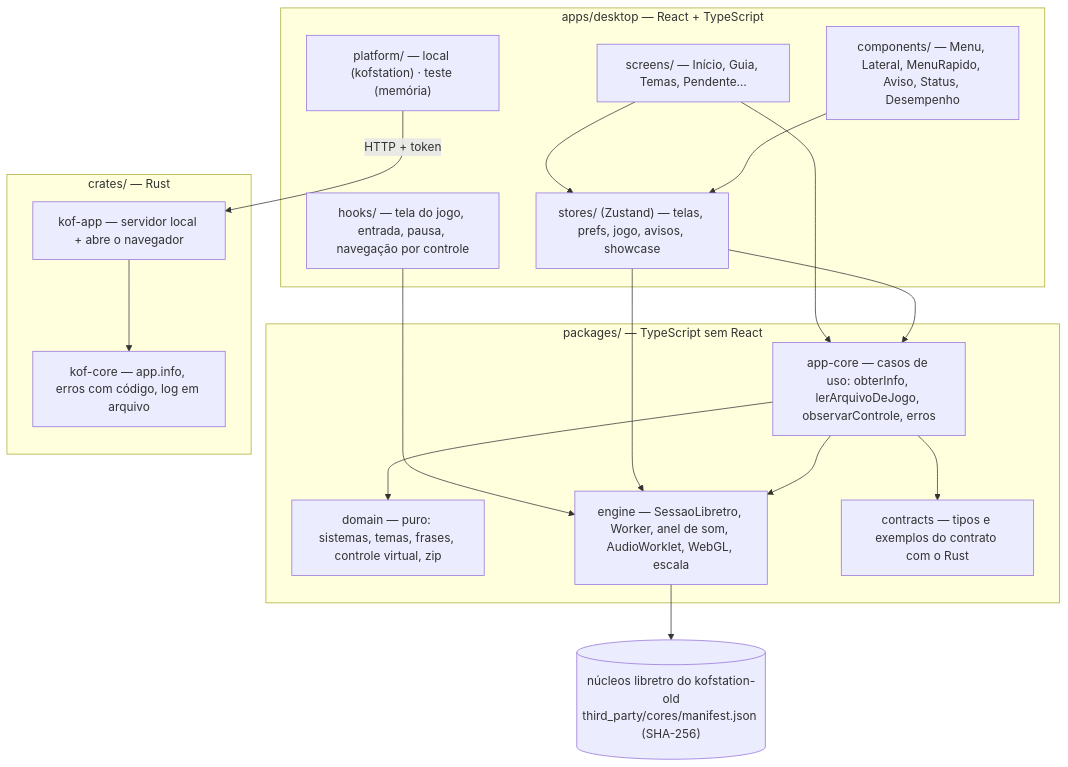
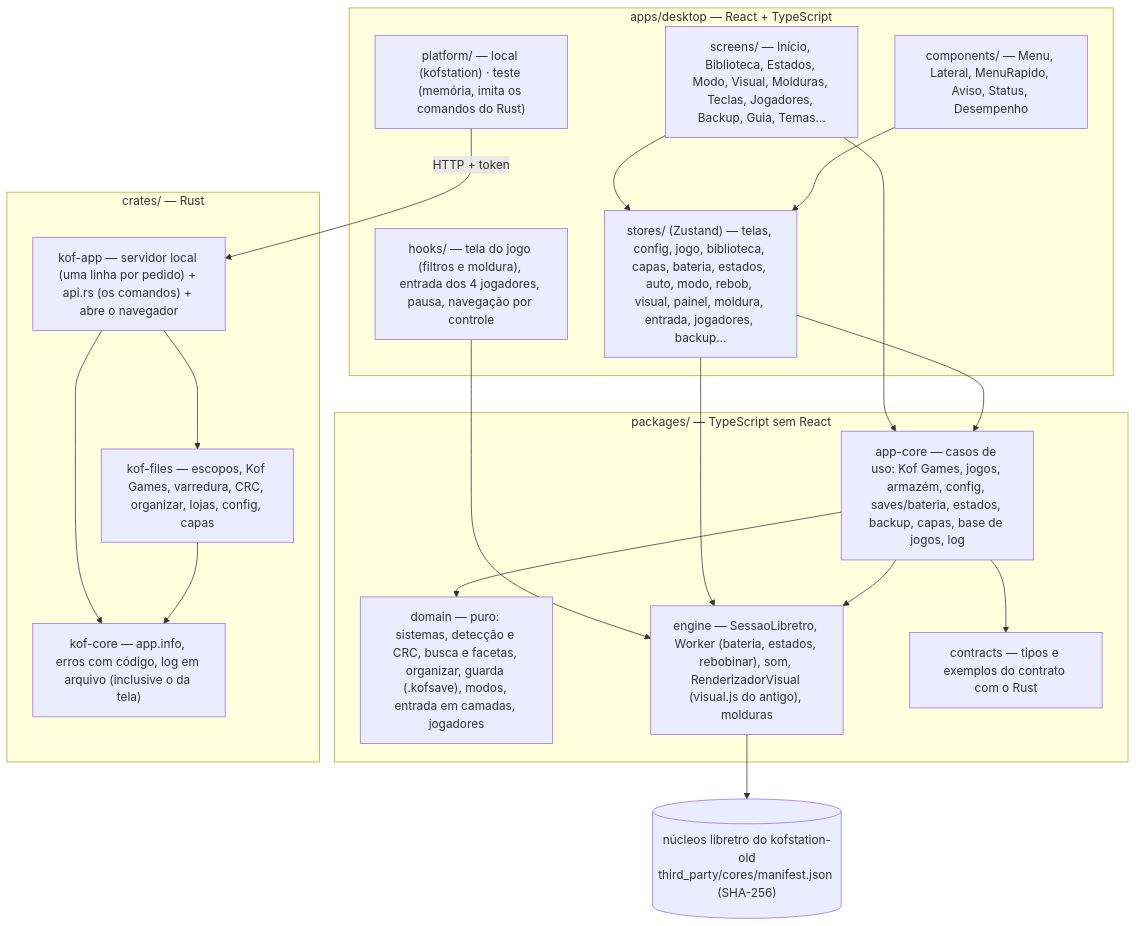
The second of 3 diagrams in README.md (Marcelao98/KOFstation), drawn with Mermaid before and after one commit. The commit also changed other lines of this file and 6 other files, not shown here.

First line of the commit message:
Documentos do Lote A e B: EXPANDIR.md (como acrescentar e como achar defeito), decisões D23–D27, ROADMAP, PARIDADE, README e JORNAL

````diff
--- a/README.md
+++ b/README.md
@@ -43,34 +46,37 @@
 ```mermaid
 flowchart TB
   subgraph DESK["apps/desktop — React + TypeScript"]
-    SC["screens/ — Início, Guia, Temas, Pendente…"]
+    SC["screens/ — Início, Biblioteca, Estados, Modo, Visual, Molduras, Teclas, Jogadores, Backup, Guia, Temas…"]
     CO["components/ — Menu, Lateral, MenuRapido, Aviso, Status, Desempenho"]
-    HK["hooks/ — tela do jogo, entrada, pausa, navegação por controle"]
-    ST["stores/ (Zustand) — telas, prefs, jogo, avisos, showcase"]
-    PL["platform/ — local (kofstation) · teste (memória)"]
+    HK["hooks/ — tela do jogo (filtros e moldura), entrada dos 4 jogadores, pausa, navegação por controle"]
+    ST["stores/ (Zustand) — telas, config, jogo, biblioteca, capas, bateria, estados, auto, modo, rebob, visual, painel, moldura, entrada, jogadores, backup…"]
+    PL["platform/ — local (kofstation) · teste (memória, imita os comandos do Rust)"]
   end
   subgraph PKG["packages/ — TypeScript sem React"]
-    AC["app-core — casos de uso: obterInfo, lerArquivoDeJogo, observarControle, erros"]
-    DO["domain — puro: sistemas, temas, frases, controle virtual, zip"]
-    EN["engine — SessaoLibretro, Worker, anel de som, AudioWorklet, WebGL, escala"]
+    AC["app-core — casos de uso: Kof Games, jogos, armazém, config, saves/bateria, estados, backup, capas, base de jogos, log"]
+    DO["domain — puro: sistemas, detecção e CRC, busca e facetas, organizar, guarda (.kofsave), modos, entrada em camadas, jogadores"]
+    EN["engine — SessaoLibretro, Worker (bateria, estados, rebobinar), som, RenderizadorVisual (visual.js do antigo), molduras"]
     CT["contracts — tipos e exemplos do contrato com o Rust"]
   end
   subgraph RS["crates/ — Rust"]
-    KA["kof-app — servidor local + abre o navegador"]
-    KC["kof-core — app.info, erros com código, log em arquivo"]
+    KA["kof-app — servidor local (uma linha por pedido) + api.rs (os comandos) + abre o navegador"]
+    KF["kof-files — escopos, Kof Games, varredura, CRC, organizar, lojas, config, capas"]
+    KC["kof-core — app.info, erros com código, log em arquivo (inclusive o da tela)"]
   end
   NU[("núcleos libretro do kofstation-old<br/>third_party/cores/manifest.json (SHA-256)")]
 
   SC --> AC
   SC --> ST
   CO --> ST
   HK --> EN
   ST --> AC
   ST --> EN
   AC --> DO
   AC --> EN
   AC --> CT
   PL -->|"HTTP + token"| KA
+  KA --> KF
   KA --> KC
+  KF --> KC
   EN --> NU
 ```
````
